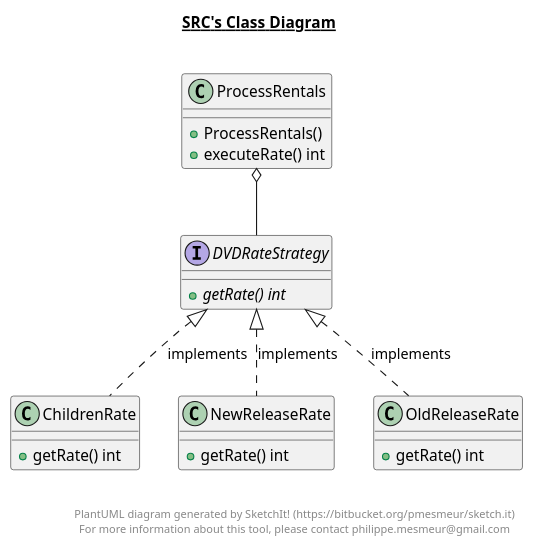
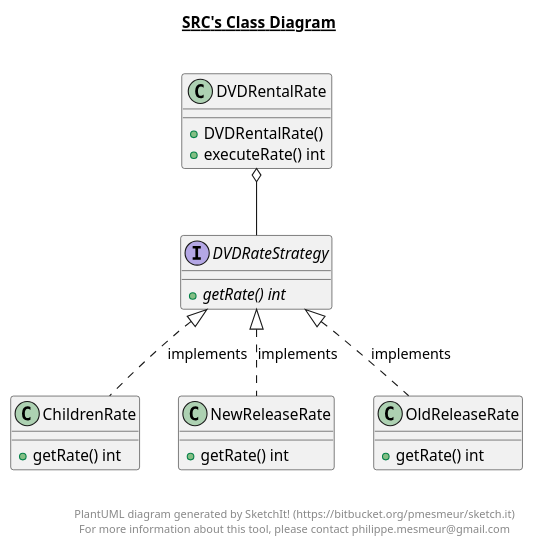
Before and after one commit to Kenzki/design-patterns-dvd-rental-system: the diagram in src/Strategy.plantuml, drawn with PlantUML. The commit also changed 9 other files, not shown here.

```diff
--- a/src/Strategy.plantuml
+++ b/src/Strategy.plantuml
@@ -1,57 +1,57 @@
 @startuml
 
 title __SRC's Class Diagram__\n
 
 
     class ChildrenRate {
         + getRate() int
     }
 
   
 
 
     interface DVDRateStrategy {
         {abstract} + getRate() int
     }
 
   
 
 
   
 
 
     class NewReleaseRate {
         + getRate() int
     }
 
   
 
 
     class OldReleaseRate {
         + getRate() int
     }
 
   
 
 
-    class ProcessRentals {
-        + ProcessRentals()
+    class DVDRentalRate {
+        + DVDRentalRate()
         + executeRate() int
     }
 
   
 
   ChildrenRate .up.|> DVDRateStrategy : implements
   NewReleaseRate .up.|> DVDRateStrategy : implements
   OldReleaseRate .up.|> DVDRateStrategy : implements
-  ProcessRentals o-- DVDRateStrategy
+  DVDRentalRate o-- DVDRateStrategy
 
 
 right footer
 
 
 PlantUML diagram generated by SketchIt! (https://bitbucket.org/pmesmeur/sketch.it)
 For more information about this tool, please contact philippe.mesmeur@gmail.com
 endfooter
 
 @enduml
```
